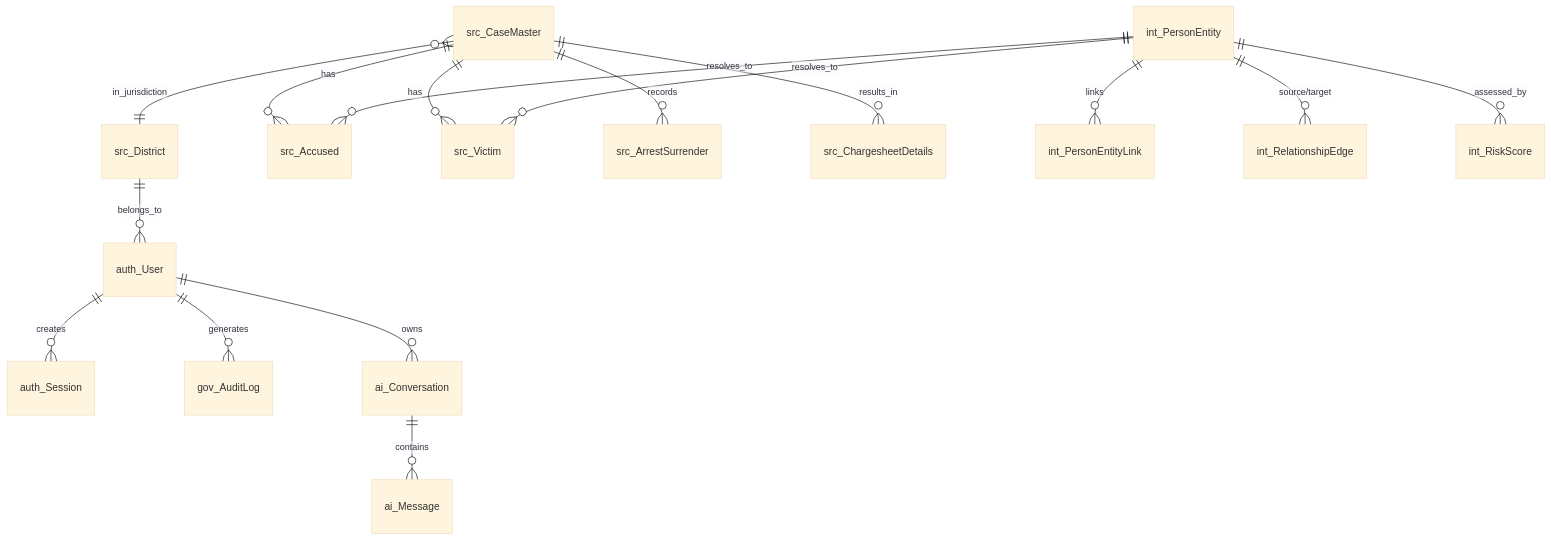
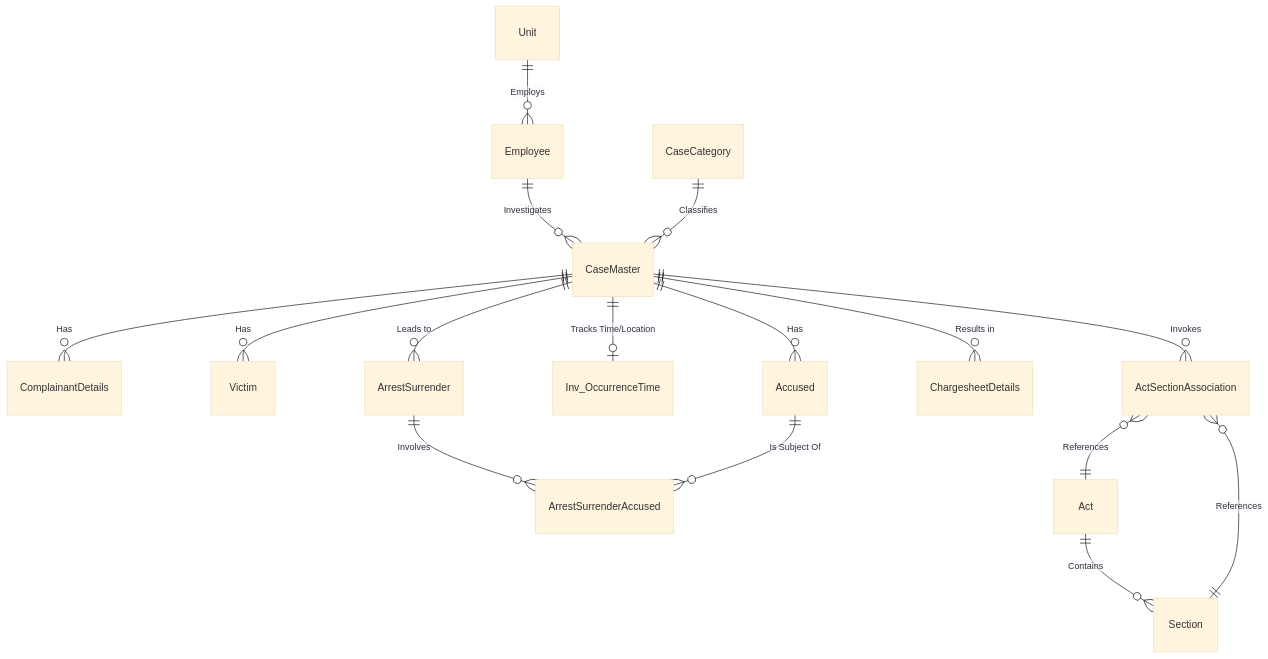
Before and after one commit to Arun1122007/Berunda: the diagram in docs/catalyst/database-ai/02-target-data-model.md, drawn with Mermaid (base theme). The commit also changed other lines of this file and 16 other files, not shown here.

````diff
--- a/docs/catalyst/database-ai/02-target-data-model.md
+++ b/docs/catalyst/database-ai/02-target-data-model.md
@@ -56,23 +15,20 @@
 ```mermaid
 erDiagram
-    auth_User ||--o{ auth_Session : "creates"
-    src_District ||--o{ auth_User : "belongs_to"
+    Employee ||--o{ CaseMaster : "Investigates"
+    Unit ||--o{ Employee : "Employs"
+    CaseCategory ||--o{ CaseMaster : "Classifies"
+    CaseMaster ||--o{ ComplainantDetails : "Has"
+    CaseMaster ||--o{ Victim : "Has"
+    CaseMaster ||--o{ Accused : "Has"
+    CaseMaster ||--o| Inv_OccurrenceTime : "Tracks Time/Location"
+    CaseMaster ||--o{ ArrestSurrender : "Leads to"
+    CaseMaster ||--o{ ChargesheetDetails : "Results in"
     
-    src_CaseMaster ||--o{ src_Accused : "has"
-    src_CaseMaster ||--o{ src_Victim : "has"
-    src_CaseMaster ||--o{ src_ArrestSurrender : "records"
-    src_CaseMaster ||--o{ src_ChargesheetDetails : "results_in"
+    ArrestSurrender ||--o{ ArrestSurrenderAccused : "Involves"
+    Accused ||--o{ ArrestSurrenderAccused : "Is Subject Of"
     
-    src_CaseMaster }o--|| src_District : "in_jurisdiction"
-    
-    int_PersonEntity ||--o{ src_Accused : "resolves_to"
-    int_PersonEntity ||--o{ src_Victim : "resolves_to"
-    int_PersonEntity ||--o{ int_PersonEntityLink : "links"
-    int_PersonEntity ||--o{ int_RelationshipEdge : "source/target"
-    
-    int_PersonEntity ||--o{ int_RiskScore : "assessed_by"
-    
-    auth_User ||--o{ gov_AuditLog : "generates"
-    auth_User ||--o{ ai_Conversation : "owns"
-    ai_Conversation ||--o{ ai_Message : "contains"
+    Act ||--o{ Section : "Contains"
+    CaseMaster ||--o{ ActSectionAssociation : "Invokes"
+    ActSectionAssociation }o--|| Act : "References"
+    ActSectionAssociation }o--|| Section : "References"
 ```
````
